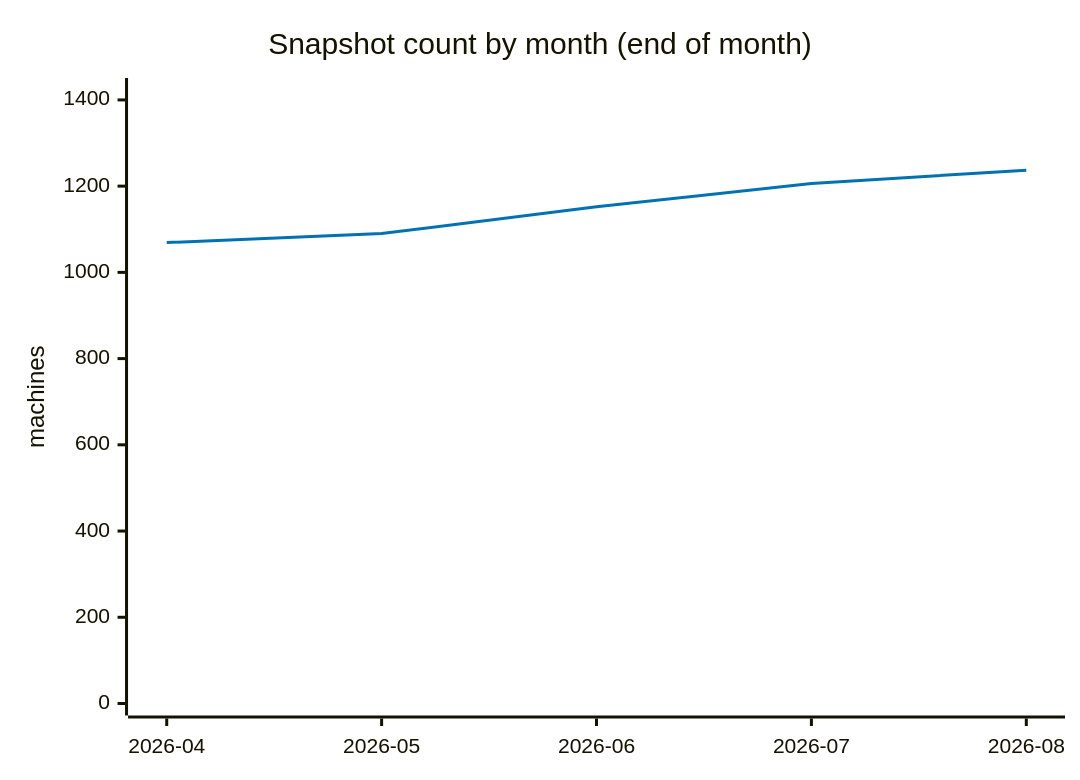
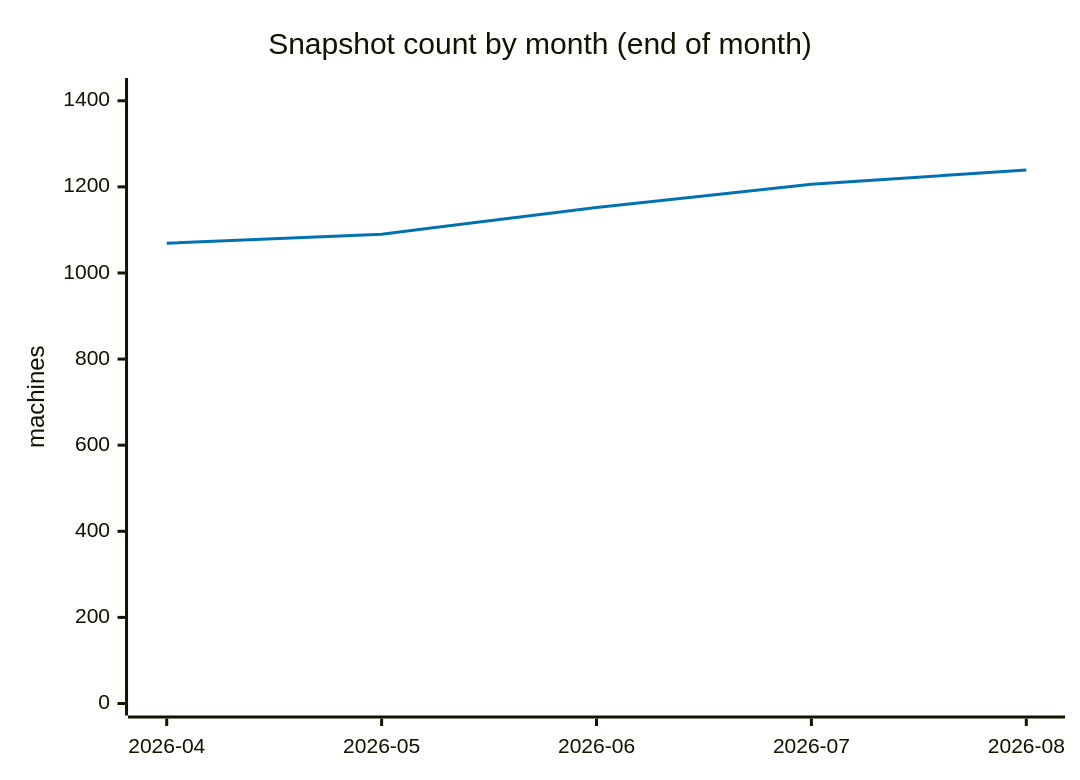
The sixth of 7 diagrams in ANALYSIS.md (cheeaun/returnright-data), drawn with Mermaid before and after one commit. The commit also changed other lines of this file and 3 other files, not shown here.

````diff
--- a/ANALYSIS.md
+++ b/ANALYSIS.md
@@ -285,13 +288,13 @@
 ```mermaid
 ---
 config:
   themeVariables:
     xyChart:
       plotColorPalette: "#0072B2"
 ---
 xychart-beta
     title "Snapshot count by month (end of month)"
     x-axis ["2026-04", "2026-05", "2026-06", "2026-07", "2026-08"]
-    y-axis "machines" 0 --> 1423
-    line [1069, 1090, 1152, 1206, 1237]
+    y-axis "machines" 0 --> 1425
+    line [1069, 1090, 1152, 1206, 1239]
 ```
````
